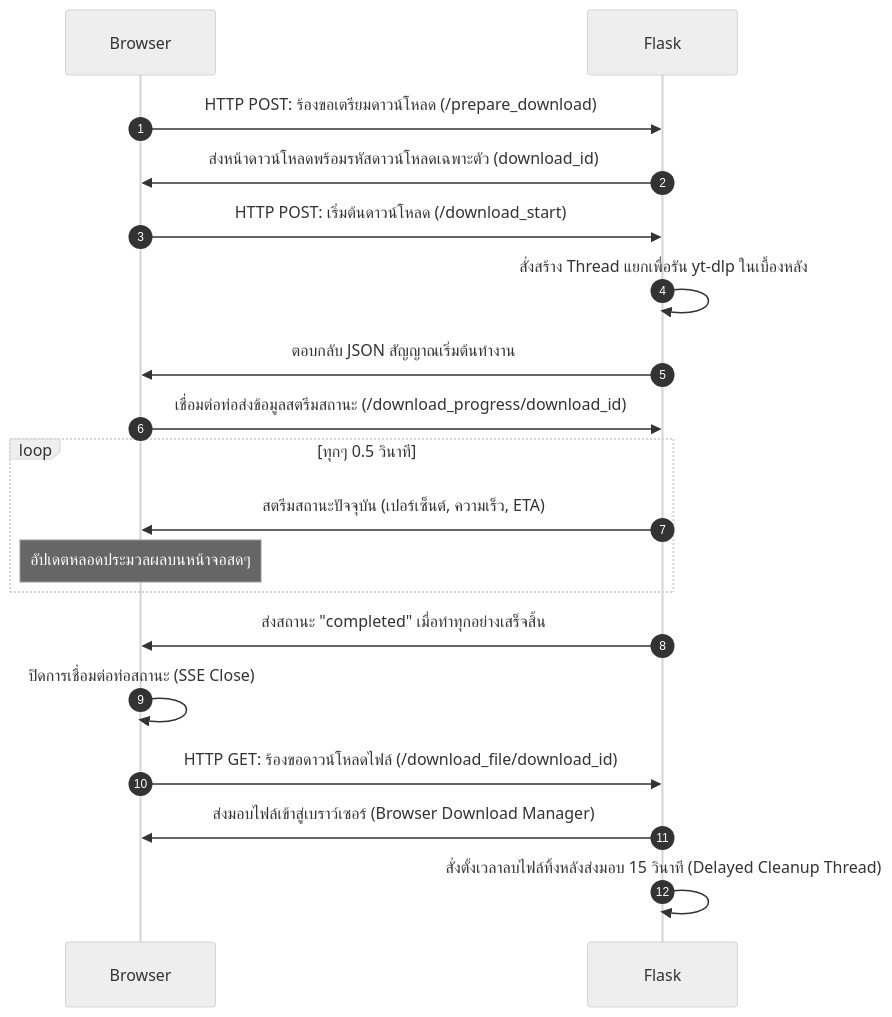
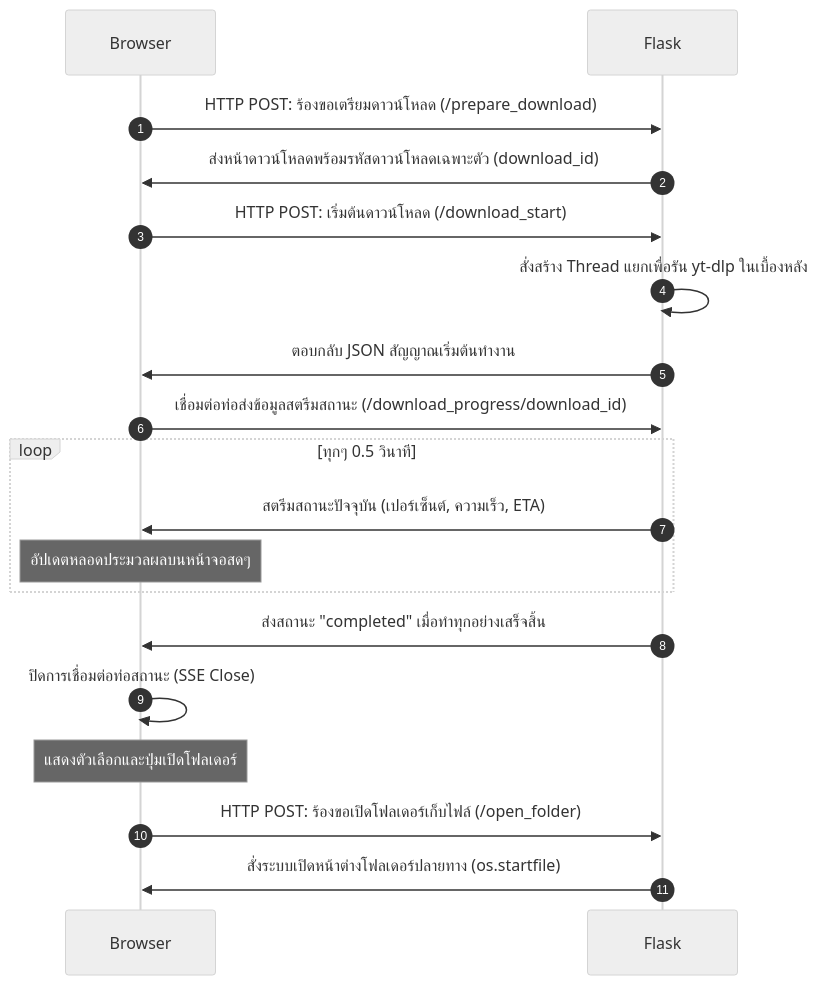
The second of 2 diagrams in README.md (ling-gwdgw2/downloading-mp3-mp4), drawn with Mermaid (neutral theme) before and after one commit. The commit also changed 16 other files, not shown here.

Commit message:
feat: update downloader templates, setup flows, configuration logic, and add assets

````diff
--- a/README.md
+++ b/README.md
@@ -82,19 +82,19 @@
 ```mermaid
 sequenceDiagram
     autonumber
     Browser->>Flask: HTTP POST: ร้องขอเตรียมดาวน์โหลด (/prepare_download)
     Flask->>Browser: ส่งหน้าดาวน์โหลดพร้อมรหัสดาวน์โหลดเฉพาะตัว (download_id)
     Browser->>Flask: HTTP POST: เริ่มต้นดาวน์โหลด (/download_start)
     Flask->>Flask: สั่งสร้าง Thread แยกเพื่อรัน yt-dlp ในเบื้องหลัง
     Flask->>Browser: ตอบกลับ JSON สัญญาณเริ่มต้นทำงาน
     Browser->>Flask: เชื่อมต่อท่อส่งข้อมูลสตรีมสถานะ (/download_progress/download_id)
     loop ทุกๆ 0.5 วินาที
         Flask->>Browser: สตรีมสถานะปัจจุบัน (เปอร์เซ็นต์, ความเร็ว, ETA)
         Note over Browser: อัปเดตหลอดประมวลผลบนหน้าจอสดๆ
     end
     Flask->>Browser: ส่งสถานะ "completed" เมื่อทำทุกอย่างเสร็จสิ้น
     Browser->>Browser: ปิดการเชื่อมต่อท่อสถานะ (SSE Close)
-    Browser->>Flask: HTTP GET: ร้องขอดาวน์โหลดไฟล์ (/download_file/download_id)
-    Flask->>Browser: ส่งมอบไฟล์เข้าสู่เบราว์เซอร์ (Browser Download Manager)
-    Flask->>Flask: สั่งตั้งเวลาลบไฟล์ทิ้งหลังส่งมอบ 15 วินาที (Delayed Cleanup Thread)
+    Note over Browser: แสดงตัวเลือกและปุ่มเปิดโฟลเดอร์
+    Browser->>Flask: HTTP POST: ร้องขอเปิดโฟลเดอร์เก็บไฟล์ (/open_folder)
+    Flask->>Browser: สั่งระบบเปิดหน้าต่างโฟลเดอร์ปลายทาง (os.startfile)
 ```
````
